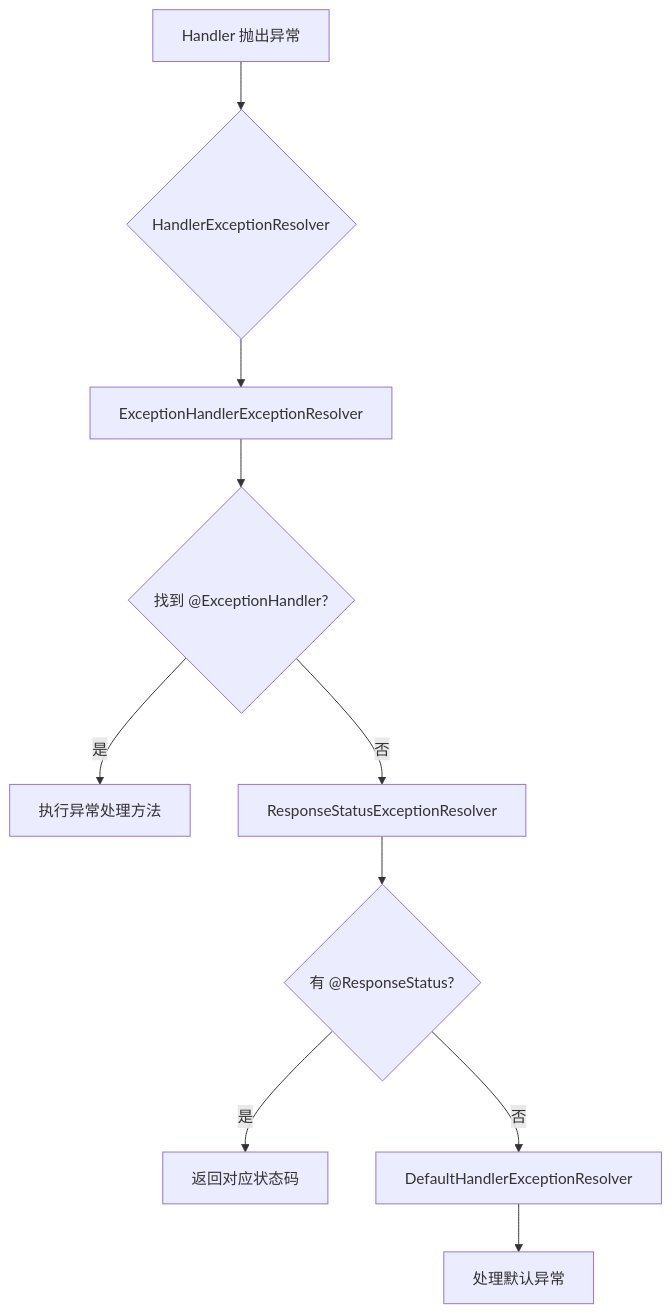
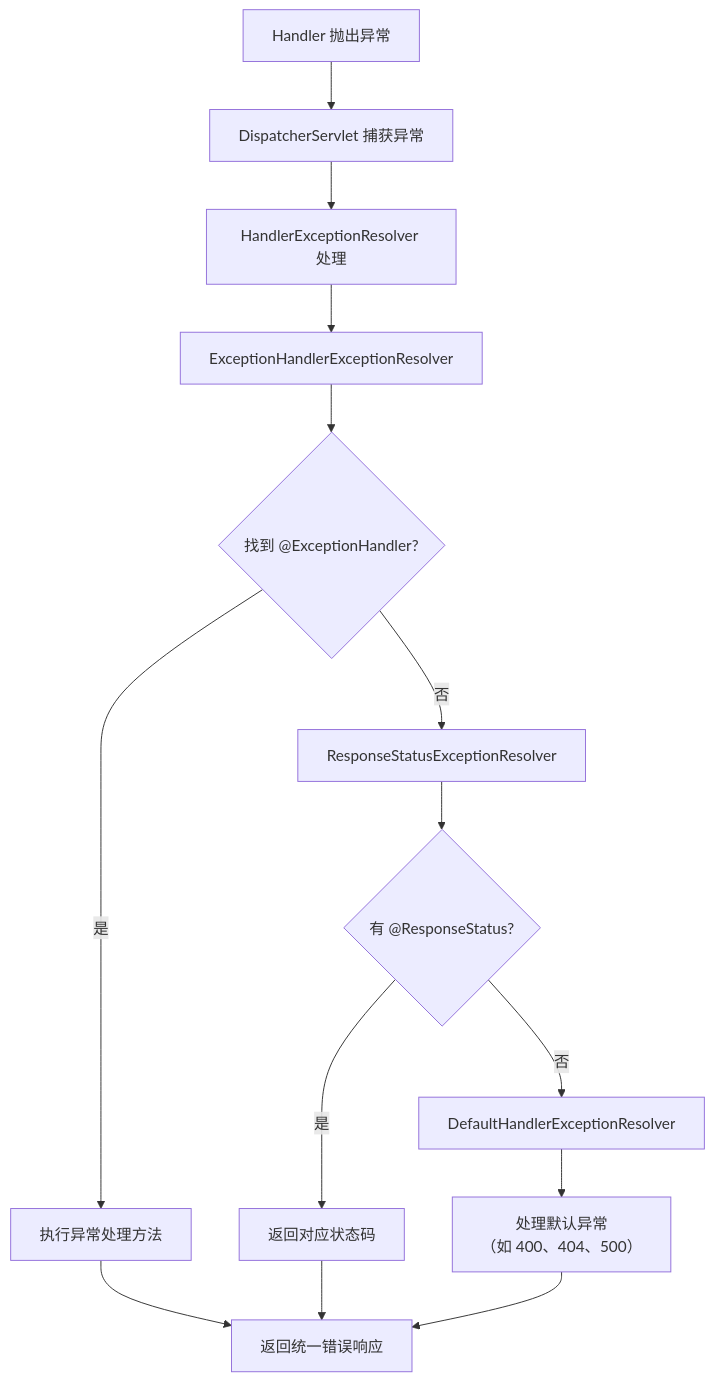
The tenth of 11 diagrams in document/Spring/SpringMVC 核心原理详解.md (watslab/interview_doc), drawn with Mermaid before and after one commit. The commit also changed other lines of this file and 2 other files, not shown here.

````diff
--- a/document/Spring/SpringMVC 核心原理详解.md
+++ b/document/Spring/SpringMVC 核心原理详解.md
@@ -426,12 +801,16 @@
 ```mermaid
 flowchart TB
-    A[Handler 抛出异常] --> B{HandlerExceptionResolver}
-    B --> C[ExceptionHandlerExceptionResolver]
-    C --> D{找到 @ExceptionHandler?}
-    D -->|是| E[执行异常处理方法]
-    D -->|否| F[ResponseStatusExceptionResolver]
-    F --> G{有 @ResponseStatus?}
-    G -->|是| H[返回对应状态码]
-    G -->|否| I[DefaultHandlerExceptionResolver]
-    I --> J[处理默认异常]
+    A["Handler 抛出异常"] --> B["DispatcherServlet 捕获异常"]
+    B --> C["HandlerExceptionResolver 处理"]
+    C --> D["ExceptionHandlerExceptionResolver"]
+    D --> E{"找到 @ExceptionHandler?"}
+    E -->|是| F["执行异常处理方法"]
+    E -->|否| G["ResponseStatusExceptionResolver"]
+    G --> H{"有 @ResponseStatus?"}
+    H -->|是| I["返回对应状态码"]
+    H -->|否| J["DefaultHandlerExceptionResolver"]
+    J --> K["处理默认异常<br/>（如 400、404、500）"]
+    F --> L["返回统一错误响应"]
+    I --> L
+    K --> L
 ```
````
